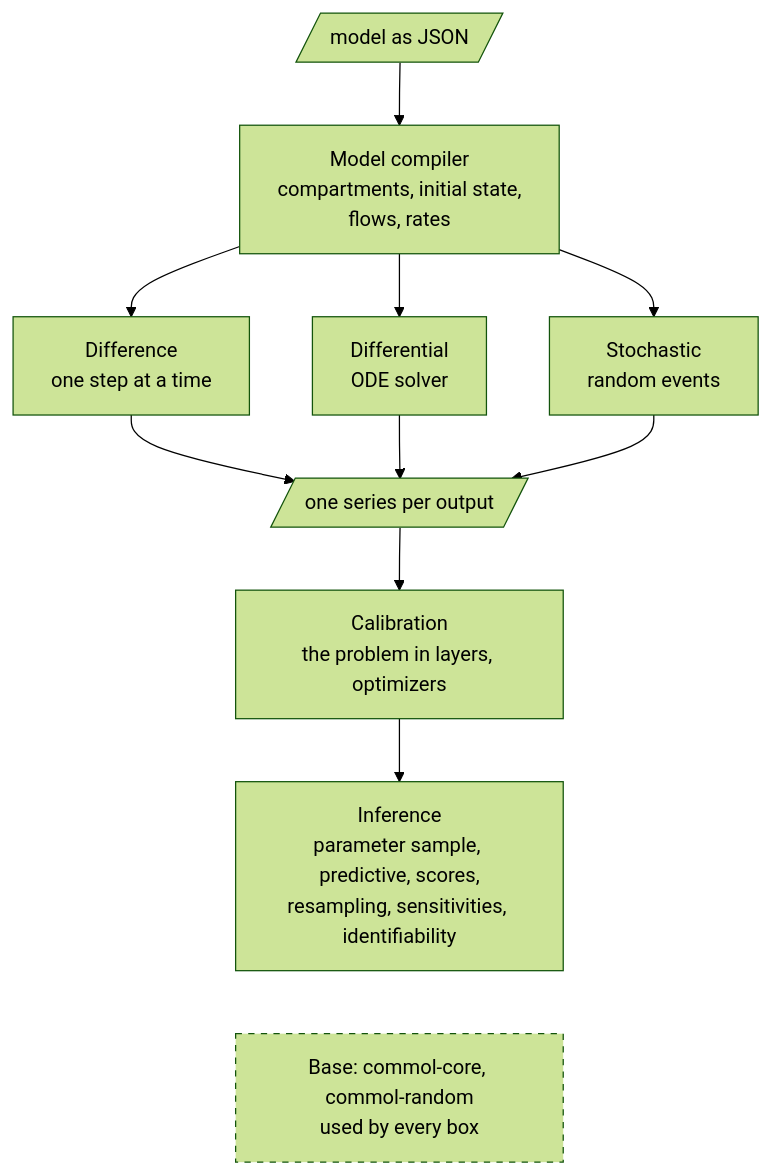
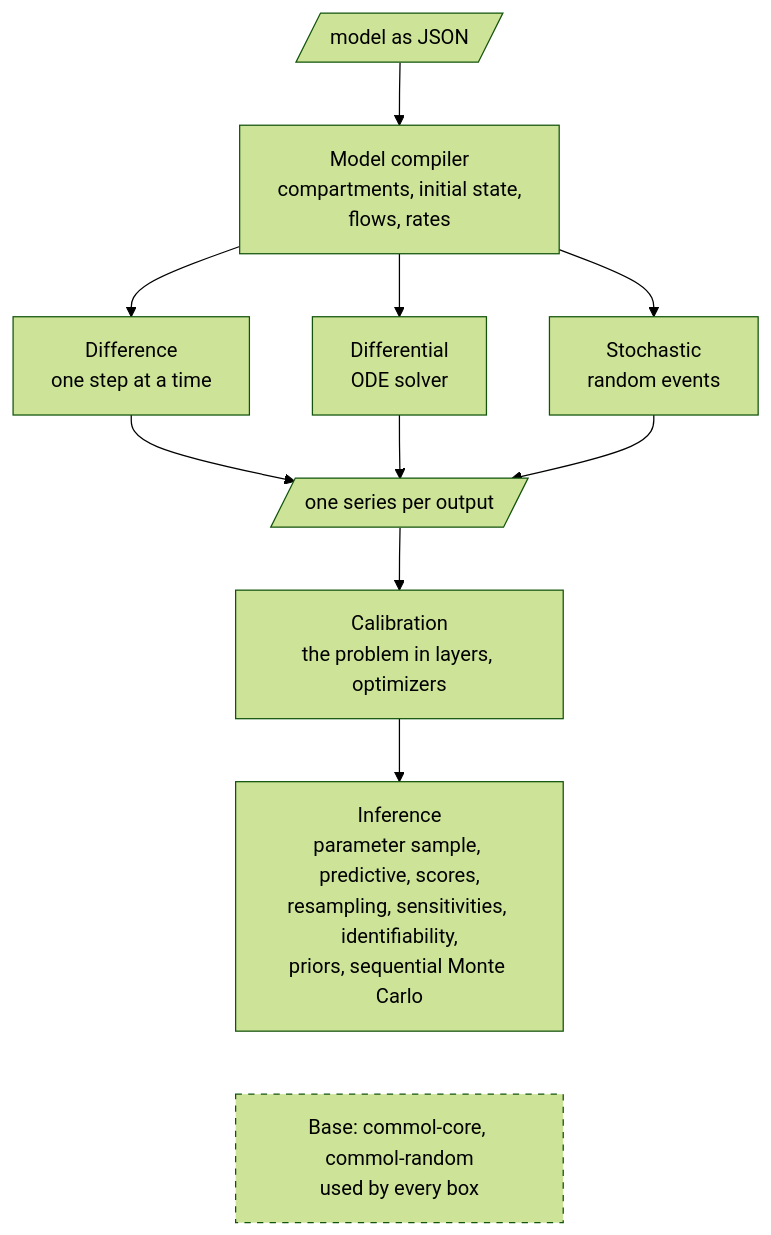
Before and after one commit to MUNQU/commol: the second of 3 diagrams in docs/codebase/architecture.md, drawn with Mermaid (forest theme). The commit also changed other lines of this file and 11 other files, not shown here.

````diff
--- a/docs/codebase/architecture.md
+++ b/docs/codebase/architecture.md
@@ -47,20 +47,20 @@
 ```mermaid
 flowchart TB
     J[/model as JSON/]
     M["Model compiler<br/>compartments, initial state,<br/>flows, rates"]
     E1["Difference<br/>one step at a time"]
     E2["Differential<br/>ODE solver"]
     E3["Stochastic<br/>random events"]
     O[/one series per output/]
     C["Calibration<br/>the problem in layers, optimizers"]
-    I["Inference<br/>parameter sample, predictive, scores,<br/>resampling, sensitivities, identifiability"]
+    I["Inference<br/>parameter sample, predictive, scores,<br/>resampling, sensitivities, identifiability,<br/>priors, sequential Monte Carlo"]
     F["Base: commol-core, commol-random<br/>used by every box"]
     J --> M
     M --> E1 & E2 & E3
     E1 & E2 & E3 --> O
     O --> C
     C --> I
     I ~~~ F
     classDef base stroke-dasharray: 5 5
     class F base
 ```
````
